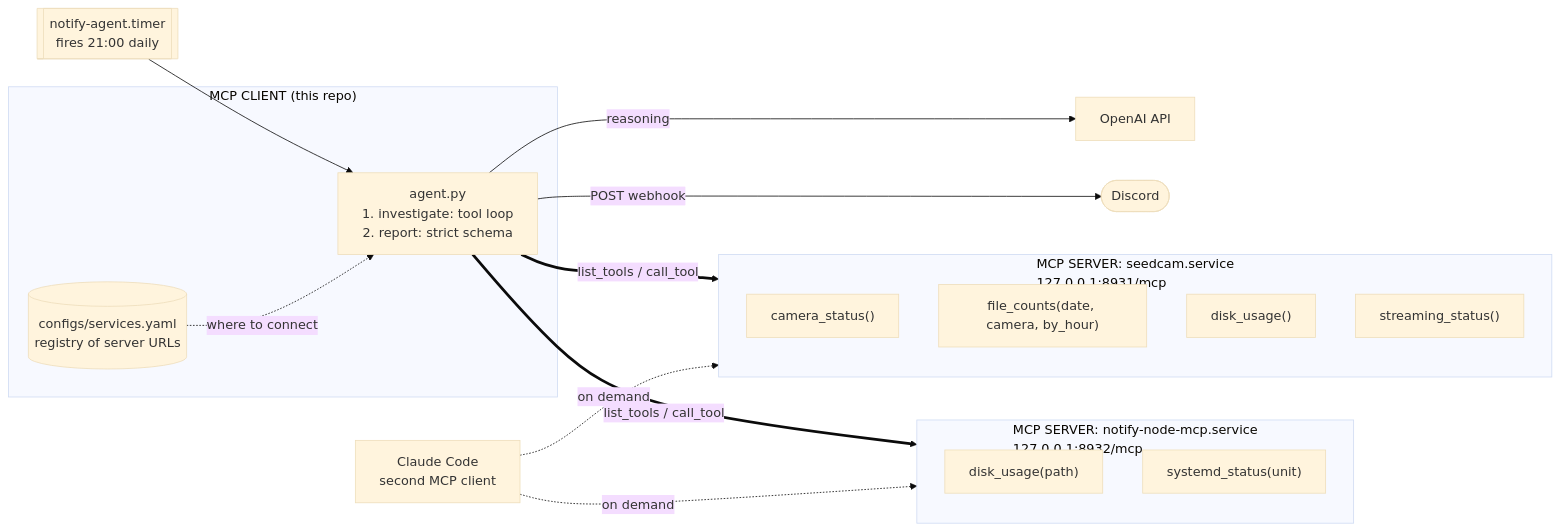
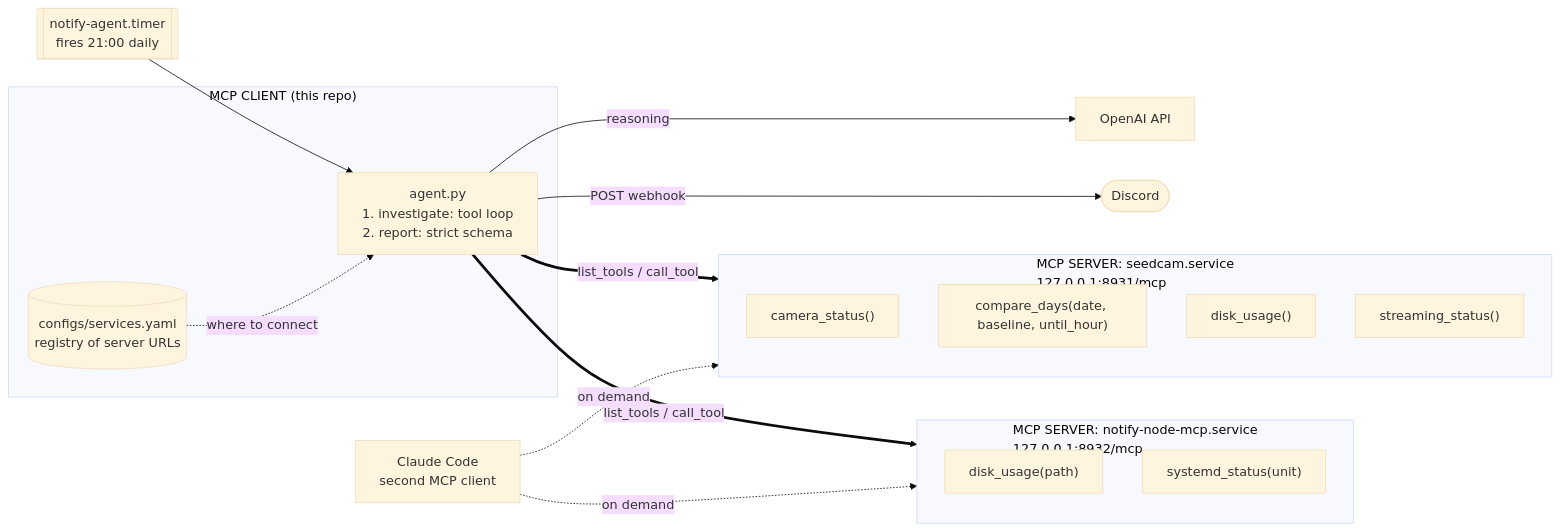
One commit to Ka0Ri/AI-notification changed the diagram in README.md. Above: the diagram before and after it, drawn with Mermaid (base theme). The commit also changed other lines of this file and 2 other files, not shown here.

Commit message:
Let the tools own the facts, the agent own the synthesis
The instruction now forbids deriving, recomputing or comparing numbers:
compare_days returns the whole day-over-day comparison already aligned to
a matched window, so the agent reads it rather than rebuilding it.

Drops the dead-worker-thread rule from ACTION. Threads stop on schedule,
so their state is not evidence of a fault.

````diff
--- a/README.md
+++ b/README.md
@@ -9,29 +9,29 @@
 ```mermaid
 flowchart LR
     TIMER[["notify-agent.timer<br/>fires 21:00 daily"]] --> AGENT
 
     subgraph CLIENT["MCP CLIENT (this repo)"]
         REG[("configs/services.yaml<br/>registry of server URLs")]
         AGENT["agent.py<br/>1. investigate: tool loop<br/>2. report: strict schema"]
         REG -. "where to connect" .-> AGENT
     end
 
     subgraph S1["MCP SERVER: seedcam.service<br/>127.0.0.1:8931/mcp"]
         T1["camera_status()"]
-        T2["file_counts(date, camera, by_hour)"]
+        T2["compare_days(date, baseline, until_hour)"]
         T3["disk_usage()"]
         T4["streaming_status()"]
     end
 
     subgraph S2["MCP SERVER: notify-node-mcp.service<br/>127.0.0.1:8932/mcp"]
         T5["disk_usage(path)"]
         T6["systemd_status(unit)"]
     end
 
     AGENT ==> |"list_tools / call_tool"| S1
     AGENT ==> |"list_tools / call_tool"| S2
     AGENT --> |"reasoning"| AI["OpenAI API"]
     AGENT --> |"POST webhook"| DISCORD(["Discord"])
     CC["Claude Code<br/>second MCP client"] -. "on demand" .-> S1
     CC -. "on demand" .-> S2
 ```
````
